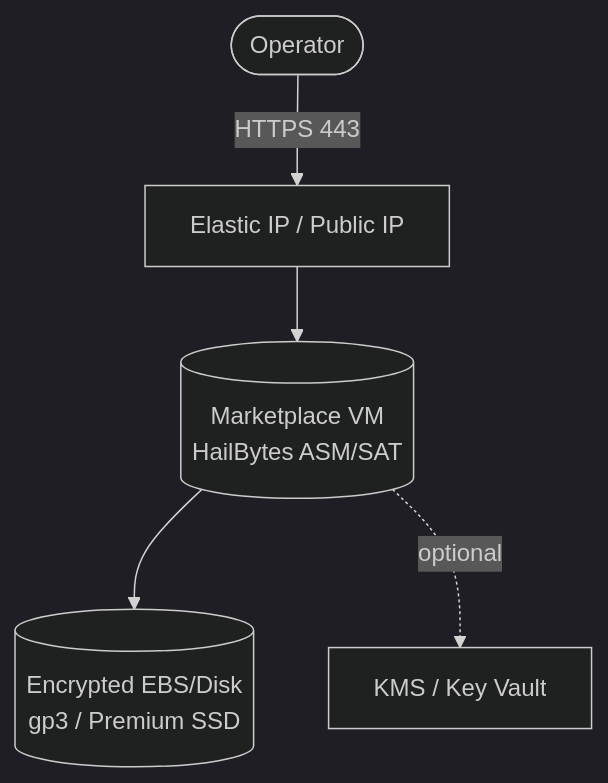
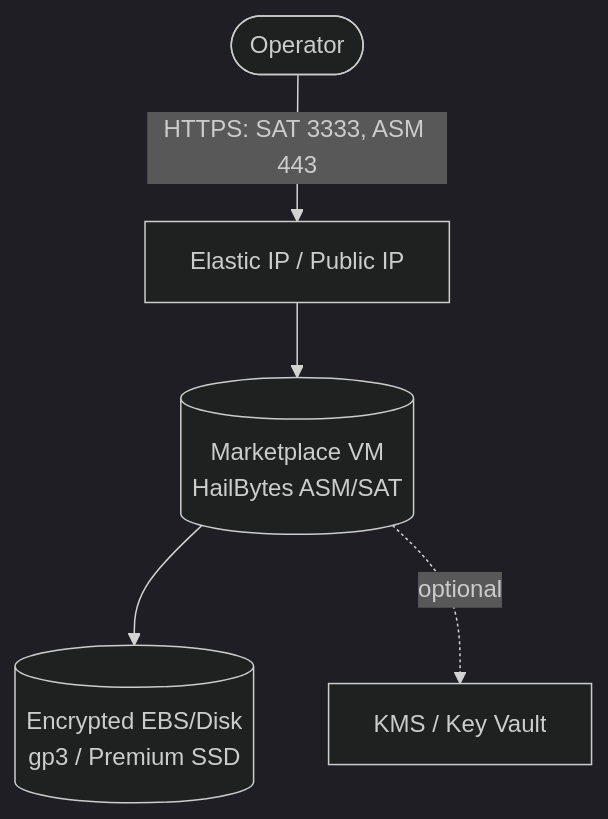
Before and after one commit to HailBytes/hailbytes-terraform-modules: the first of 3 diagrams in ARCHITECTURE.md, drawn with Mermaid (dark theme). The commit also changed other lines of this file and 35 other files, not shown here.

````diff
--- a/ARCHITECTURE.md
+++ b/ARCHITECTURE.md
@@ -18,7 +18,7 @@
 ```mermaid
 flowchart TB
-    User([Operator]) -->|HTTPS 443| EIP[Elastic IP / Public IP]
+    User([Operator]) -->|"HTTPS: SAT 3333, ASM 443"| EIP[Elastic IP / Public IP]
     EIP --> VM[(Marketplace VM<br/>HailBytes ASM/SAT)]
     VM --> EBS[(Encrypted EBS/Disk<br/>gp3 / Premium SSD)]
     VM -.->|optional| KMS[KMS / Key Vault]
 ```
````
